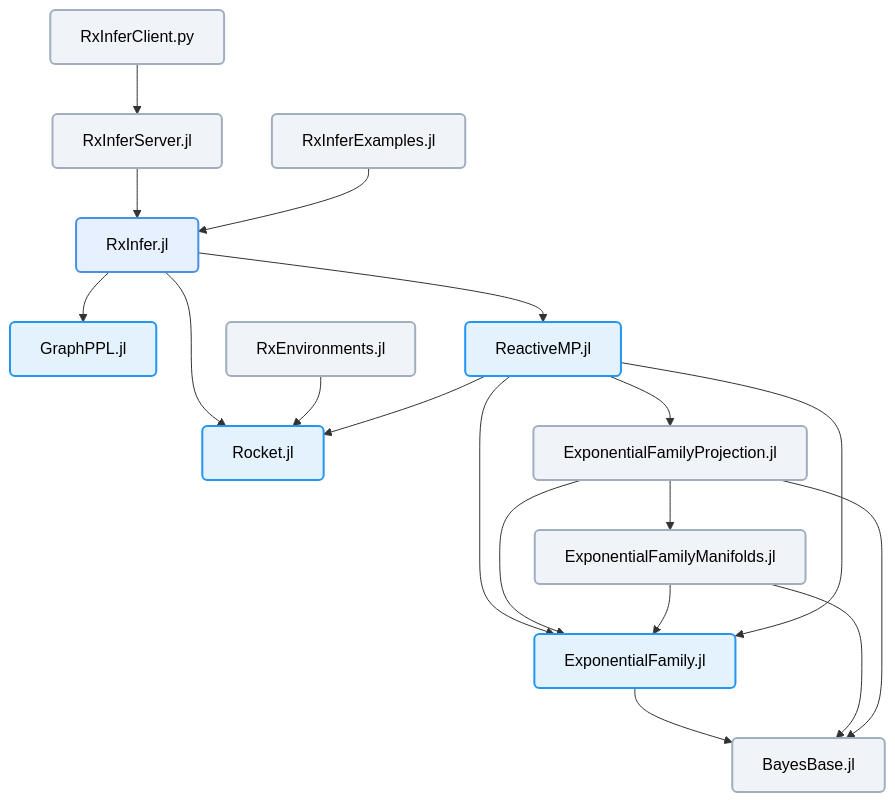
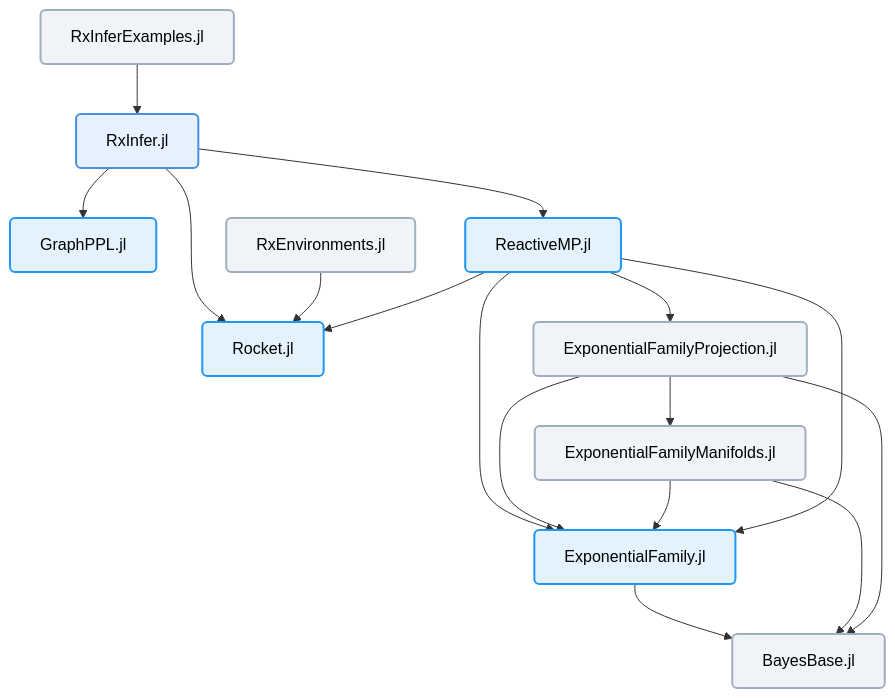
One commit to ReactiveBayes/.github changed the diagram in profile/README.md. Above: the diagram before and after it, drawn with Mermaid. The commit also changed other lines of this file and 1 other file, not shown here.

````diff
--- a/profile/README.md
+++ b/profile/README.md
@@ -7,50 +7,46 @@
 ```mermaid 
 graph TD
     %% Node definitions
     RxInfer["RxInfer.jl"]
     RxInferExamples["RxInferExamples.jl"]
     GraphPPL["GraphPPL.jl"]
     ReactiveMP["ReactiveMP.jl"]
     Rocket["Rocket.jl"]
     RxEnvironments["RxEnvironments.jl"]
     ExponentialFamily["ExponentialFamily.jl"]
     ExponentialFamilyProjection["ExponentialFamilyProjection.jl"]
     ExponentialFamilyManifolds["ExponentialFamilyManifolds.jl"]
     BayesBase["BayesBase.jl"]
-    RxInferServer["RxInferServer.jl"]
-    RxInferClient["RxInferClient.py"]
 
     %% Connections
     RxInfer --> GraphPPL
     RxInfer --> ReactiveMP
     RxInfer --> Rocket
 
-    RxInferServer --> RxInfer
-    RxInferClient --> RxInferServer
     RxEnvironments --> Rocket
 
     RxInferExamples --> RxInfer
     
     ReactiveMP --> ExponentialFamily
     ReactiveMP --> ExponentialFamilyProjection
     ReactiveMP --> Rocket
     
     ExponentialFamilyProjection --> ExponentialFamilyManifolds
     ExponentialFamilyProjection --> ExponentialFamily
     ExponentialFamilyManifolds --> ExponentialFamily
     
     ReactiveMP --> ExponentialFamily
     
     ExponentialFamily --> BayesBase
     ExponentialFamilyManifolds --> BayesBase
     ExponentialFamilyProjection --> BayesBase
 
     %% Node styling
     classDef default fill:#f0f4f8,stroke:#a0aec0,stroke-width:2px,rx:5px,text-decoration:none,color:#000;
     classDef rxi fill:#e6f0ff,stroke:#4a90e2,stroke-width:2px,rx:5px,text-decoration:none,color:#000;
     classDef core fill:#e3f2fd,stroke:#2196f3,stroke-width:2px,rx:5px,text-decoration:none,color:#000;
     
     %% Apply core styling to main packages
     class ReactiveMP,GraphPPL,Rocket,ExponentialFamily core;
     class RxInfer rxi;
 ```
````
